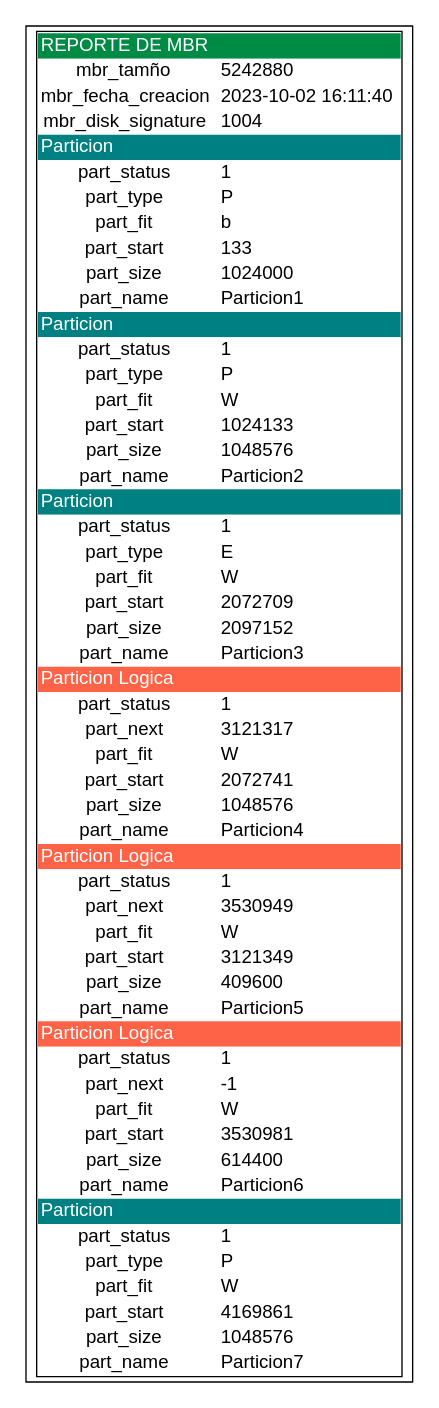
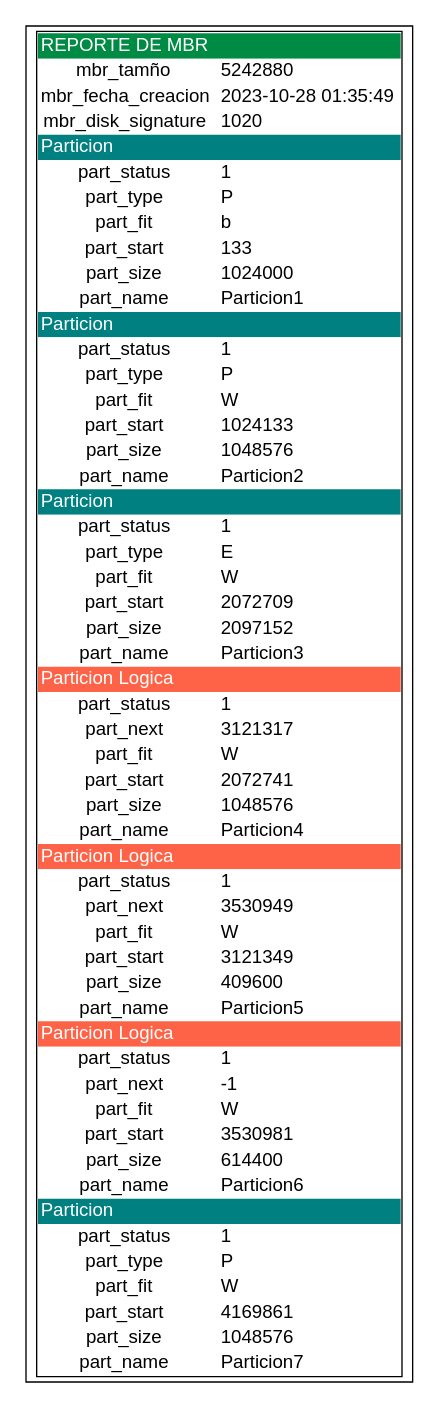
The diagram in backend/reportes/reporte_mbr.dot (luis-tavico/MIA_2SP2_202000562), drawn with Graphviz before and after one commit. The commit also changed 16 other files, not shown here.

```diff
--- a/backend/reportes/reporte_mbr.dot
+++ b/backend/reportes/reporte_mbr.dot
@@ -12,11 +12,11 @@
         </tr>
         <tr>
             <td bgcolor="white" align="center"> mbr_fecha_creacion </td>
-            <td bgcolor="white" align="left"> 2023-10-02 16:11:40 </td>
+            <td bgcolor="white" align="left"> 2023-10-28 01:35:49 </td>
         </tr>
         <tr>
             <td bgcolor="white" align="center"> mbr_disk_signature </td>
-            <td bgcolor="white" align="left"> 1004 </td>
+            <td bgcolor="white" align="left"> 1020 </td>
         </tr>
         <tr>
             <td bgcolor="teal" align="left"><font color="white"> Particion </font></td>
```
